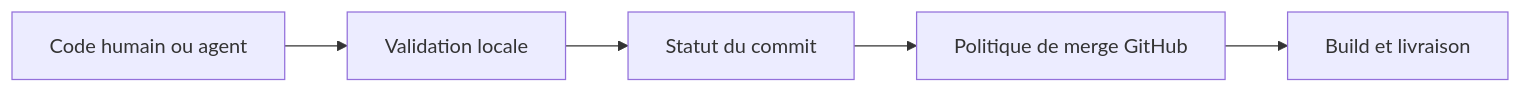
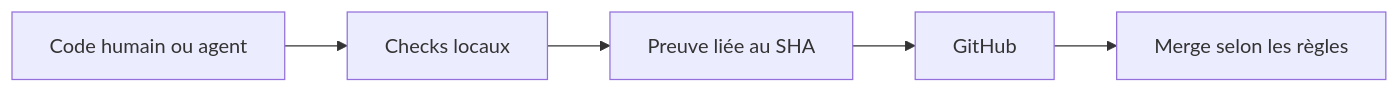
One commit to EtienneDeneuve/etiennedeneuve.github.io changed the diagram in src/content/blog/2026-11-07-ia-accelere-code-ci-doit-suivre.md. Above: the diagram before and after it, drawn with Mermaid. The commit also changed other lines of this file, not shown here.

```diff
--- a/src/content/blog/2026-11-07-ia-accelere-code-ci-doit-suivre.md
+++ b/src/content/blog/2026-11-07-ia-accelere-code-ci-doit-suivre.md
@@ -83,7 +87,7 @@
 ~~~mermaid
 flowchart LR
-    A[Code humain ou agent] --> B[Validation locale]
-    B --> C[Statut du commit]
-    C --> D[Politique de merge GitHub]
-    D --> E[Build et livraison]
+    A[Code humain ou agent] --> B[Checks locaux]
+    B --> C[Preuve liée au SHA]
+    C --> D[GitHub]
+    D --> E[Merge selon les règles]
 ~~~
```
